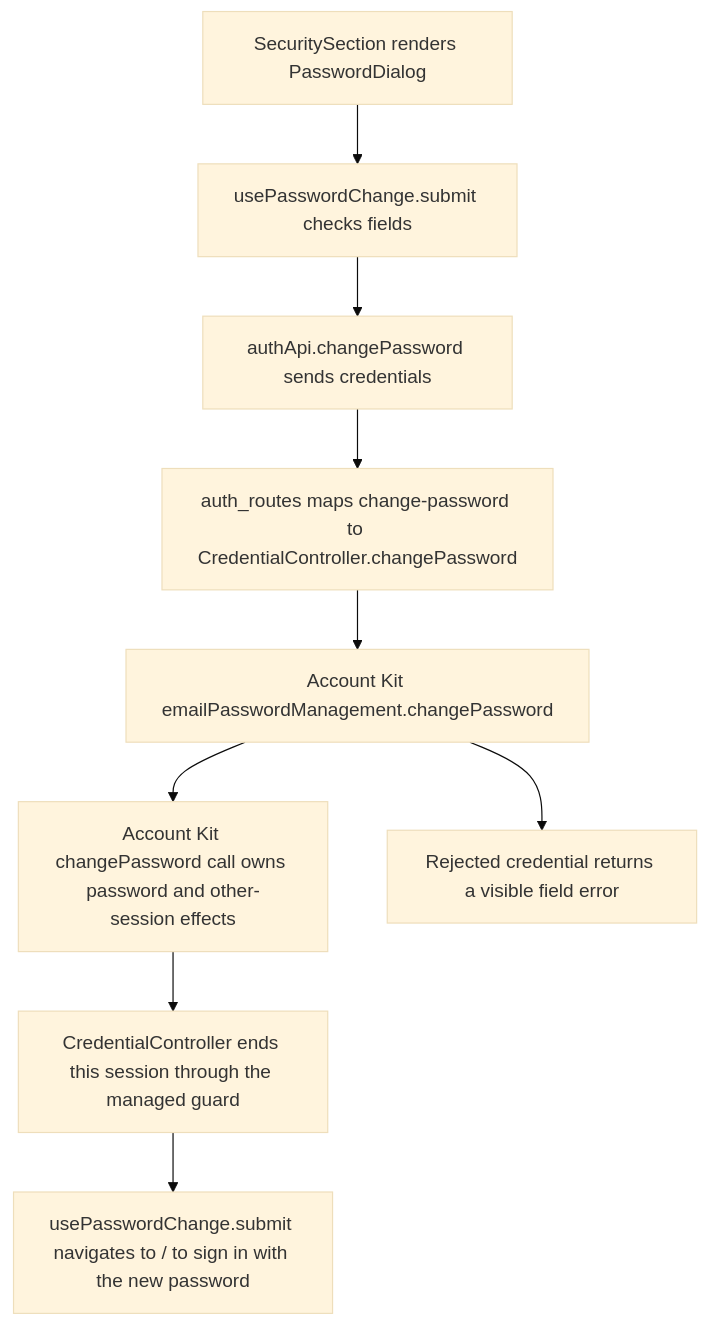
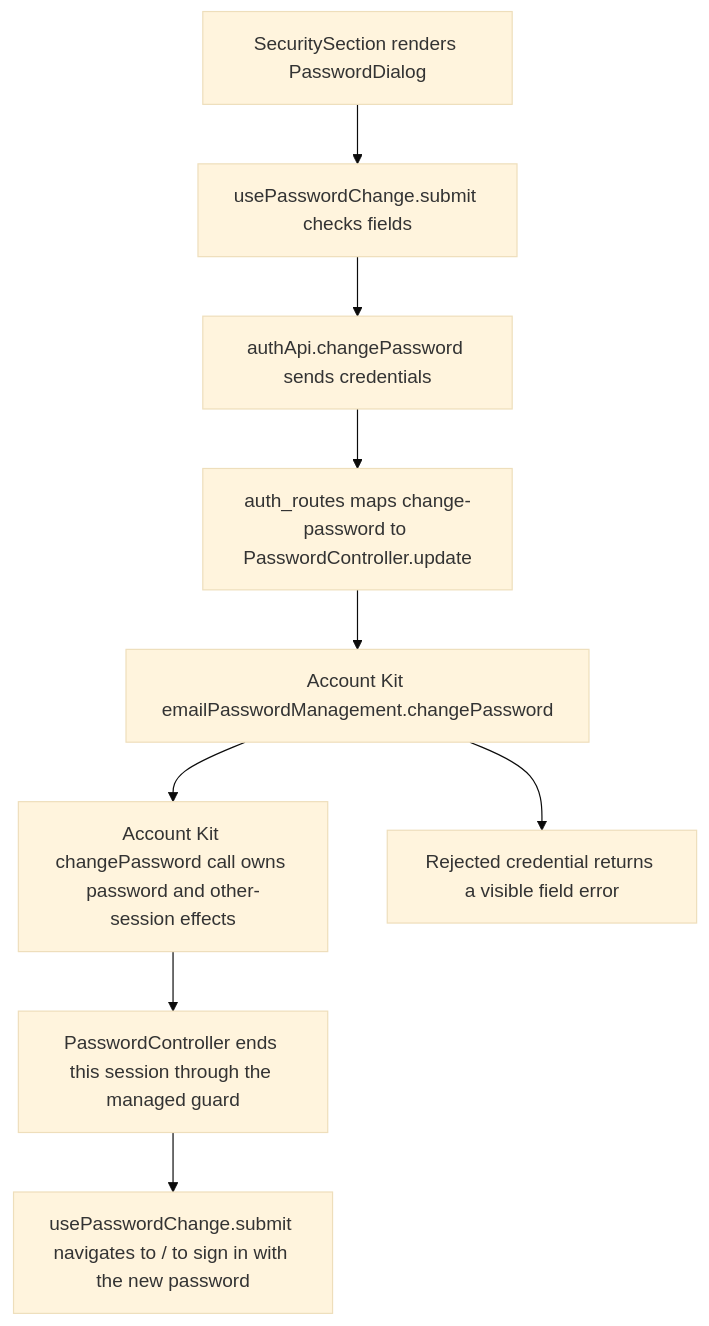
The second of 2 diagrams in user-stories/account/US-ACCOUNT-02-password-change.md (Kevinjohn/capacitylens), drawn with Mermaid (base theme) before and after one commit. The commit also changed other lines of this file and 139 other files, not shown here.

````diff
--- a/user-stories/account/US-ACCOUNT-02-password-change.md
+++ b/user-stories/account/US-ACCOUNT-02-password-change.md
@@ -34,11 +34,11 @@
 ```mermaid
 flowchart TD
   dialog["SecuritySection renders PasswordDialog"] --> submit["usePasswordChange.submit checks fields"]
   submit --> client["authApi.changePassword sends credentials"]
-  client --> route["auth_routes maps change-password to CredentialController.changePassword"]
+  client --> route["auth_routes maps change-password to PasswordController.update"]
   route --> kit["Account Kit emailPasswordManagement.changePassword"]
   kit --> sessions["Account Kit changePassword call owns password and other-session effects"]
-  sessions --> session["CredentialController ends this session through the managed guard"]
+  sessions --> session["PasswordController ends this session through the managed guard"]
   session --> reload["usePasswordChange.submit navigates to / to sign in with the new password"]
   kit --> error["Rejected credential returns a visible field error"]
 ```
````
